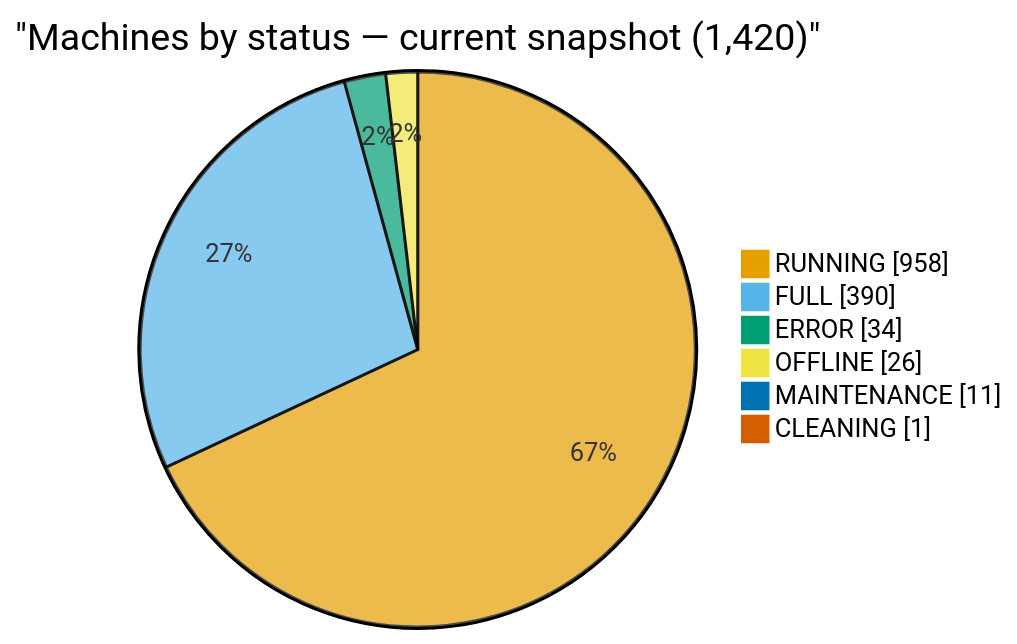
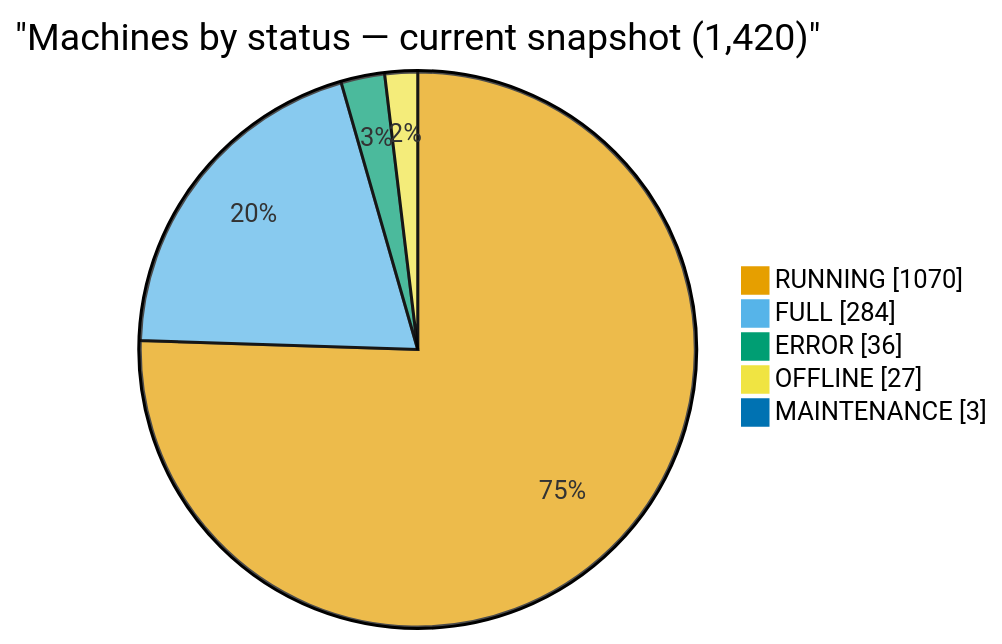
One commit to cheeaun/returnright-data changed the first of 5 diagrams in ANALYSIS.md. Above: the diagram before and after it, drawn with Mermaid. The commit also changed other lines of this file and 4 other files, not shown here.

````diff
--- a/ANALYSIS.md
+++ b/ANALYSIS.md
@@ -22,22 +22,21 @@
 ```mermaid
 ---
 config:
   themeVariables:
     pie1: "#E69F00"
     pie2: "#56B4E9"
     pie3: "#009E73"
     pie4: "#F0E442"
     pie5: "#0072B2"
     pie6: "#D55E00"
     pie7: "#CC79A7"
     pie8: "#999999"
 ---
 pie showData
     title "Machines by status — current snapshot (1,420)"
-    "RUNNING": 958
-    "FULL": 390
-    "ERROR": 34
-    "OFFLINE": 26
-    "MAINTENANCE": 11
-    "CLEANING": 1
+    "RUNNING": 1070
+    "FULL": 284
+    "ERROR": 36
+    "OFFLINE": 27
+    "MAINTENANCE": 3
 ```
````
